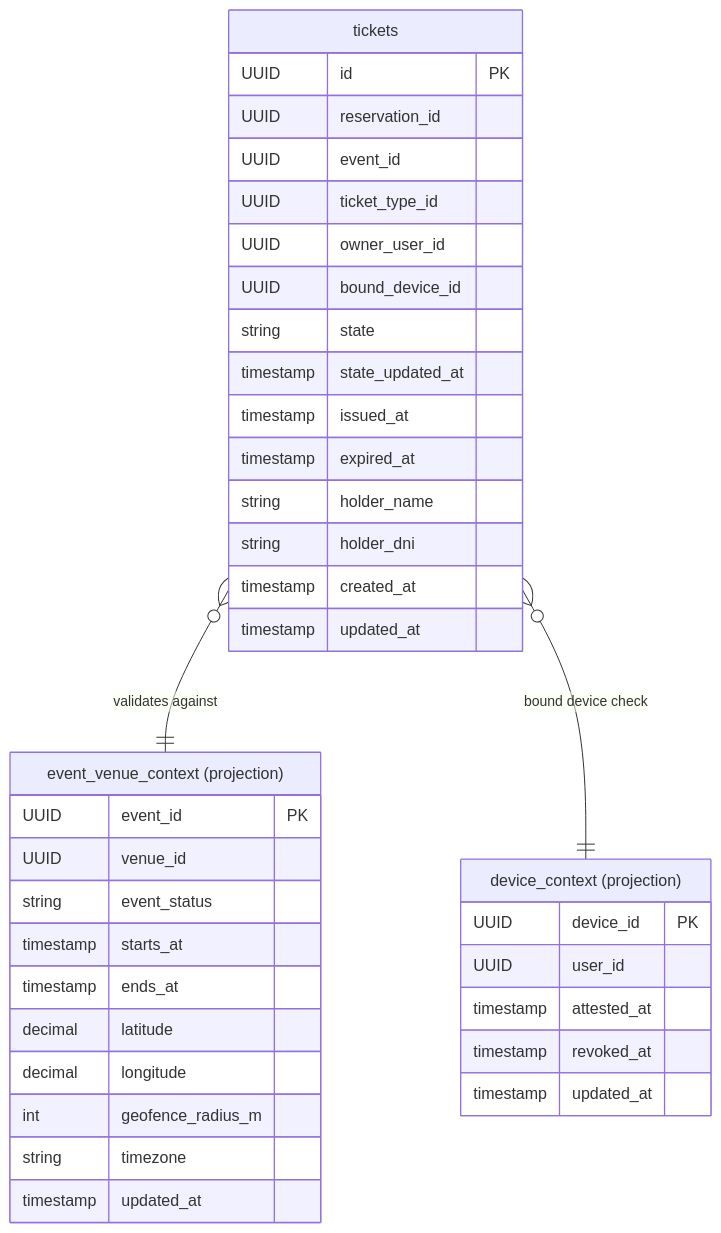
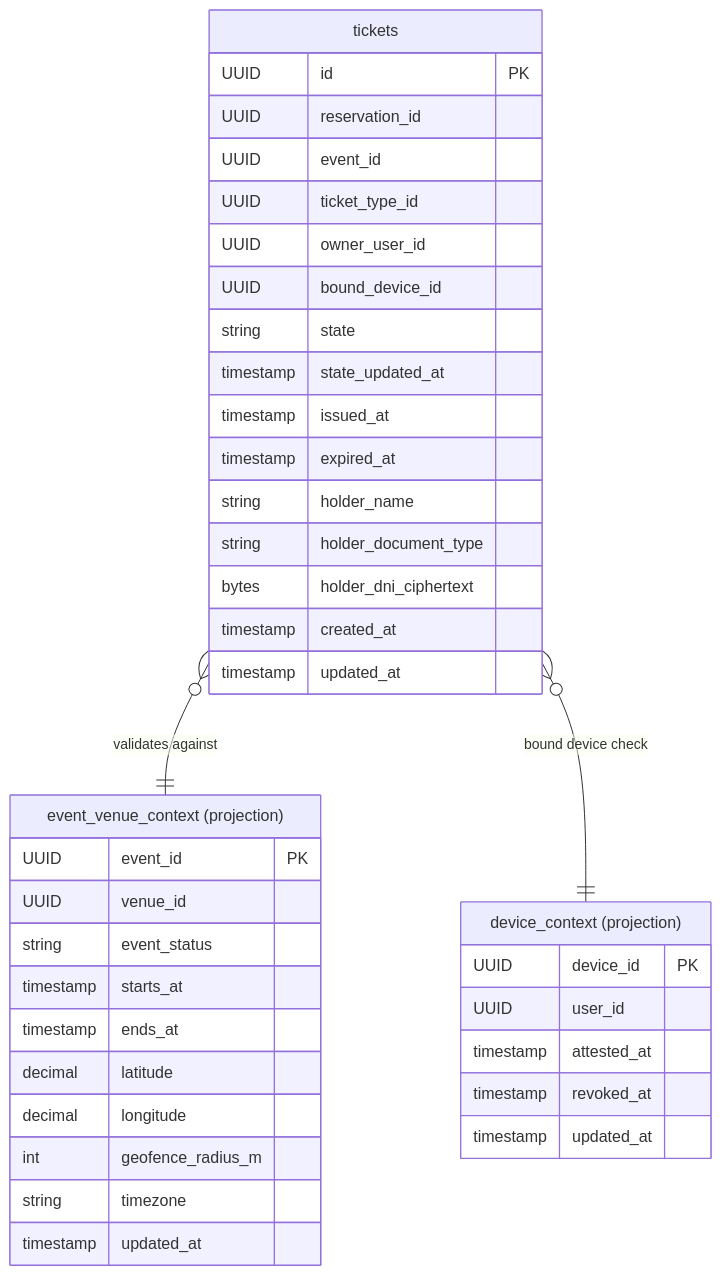
The diagram in docs/architecture/apps/api/services/ticketing/schema.md (cristiangilsanz/qrew), drawn with Mermaid before and after one commit. The commit also changed other lines of this file and 399 other files, not shown here.

````diff
--- a/docs/architecture/apps/api/services/ticketing/schema.md
+++ b/docs/architecture/apps/api/services/ticketing/schema.md
@@ -3,43 +3,44 @@
 ```mermaid
 erDiagram
     tickets {
         UUID id PK
         UUID reservation_id
         UUID event_id
         UUID ticket_type_id
         UUID owner_user_id
         UUID bound_device_id
         string state
         timestamp state_updated_at
         timestamp issued_at
         timestamp expired_at
         string holder_name
-        string holder_dni
+        string holder_document_type
+        bytes holder_dni_ciphertext
         timestamp created_at
         timestamp updated_at
     }
 
     event_venue_context["event_venue_context (projection)"] {
         UUID event_id PK
         UUID venue_id
         string event_status
         timestamp starts_at
         timestamp ends_at
         decimal latitude
         decimal longitude
         int geofence_radius_m
         string timezone
         timestamp updated_at
     }
 
     device_context["device_context (projection)"] {
         UUID device_id PK
         UUID user_id
         timestamp attested_at
         timestamp revoked_at
         timestamp updated_at
     }
 
     tickets }o--|| event_venue_context : "validates against"
     tickets }o--|| device_context : "bound device check"
 ```
````
